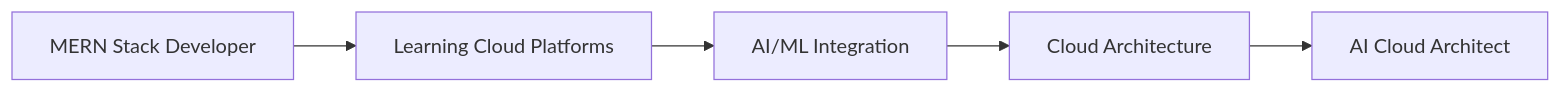
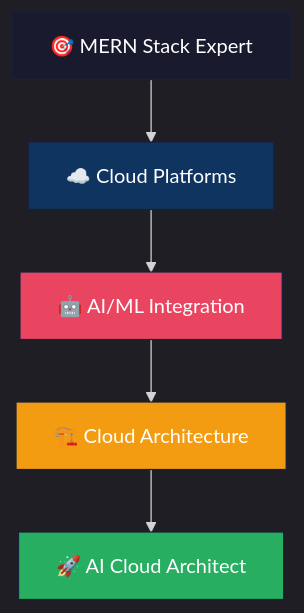
Before and after one commit to KrishanYadav333/KrishanYadav333: the diagram in README.md, drawn with Mermaid. The commit also changed other lines of this file, not shown here.

````diff
--- a/README.md
+++ b/README.md
@@ -67,7 +88,14 @@
 ```mermaid
-graph LR
-    A[MERN Stack Developer] --> B[Learning Cloud Platforms]
-    B --> C[AI/ML Integration]
-    C --> D[Cloud Architecture]
-    D --> E[AI Cloud Architect]
+%%{init: {'theme':'dark'}}%%
+graph TD
+    A[🎯 MERN Stack Expert] --> B[☁️ Cloud Platforms]
+    B --> C[🤖 AI/ML Integration] 
+    C --> D[🏗️ Cloud Architecture]
+    D --> E[🚀 AI Cloud Architect]
+    
+    style A fill:#1a1a2e,stroke:#16213e,color:#fff
+    style B fill:#0f3460,stroke:#16213e,color:#fff
+    style C fill:#e94560,stroke:#16213e,color:#fff
+    style D fill:#f39c12,stroke:#16213e,color:#fff
+    style E fill:#27ae60,stroke:#16213e,color:#fff
 ```
````
